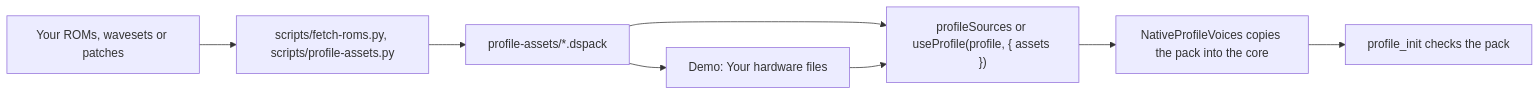
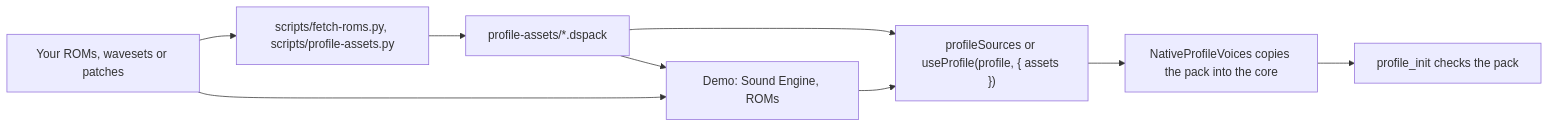
One commit to kyr0/defuss-midi-synth changed the diagram in HARDWARE_PROFILES.md. Above: the diagram before and after it, drawn with Mermaid. The commit also changed other lines of this file and 51 other files, not shown here.

````diff
--- a/HARDWARE_PROFILES.md
+++ b/HARDWARE_PROFILES.md
@@ -30,10 +30,11 @@
 ```mermaid
 flowchart LR
   files["Your ROMs, wavesets or patches"] --> scripts["scripts/fetch-roms.py, scripts/profile-assets.py"]
   scripts --> pack["profile-assets/*.dspack"]
   pack --> api["profileSources or useProfile(profile, { assets })"]
-  pack --> page["Demo: Your hardware files"]
+  pack --> page["Demo: Sound Engine, ROMs"]
+  files --> page
   page --> api
   api --> host["NativeProfileVoices copies the pack into the core"]
   host --> init["profile_init checks the pack"]
 ```
````
